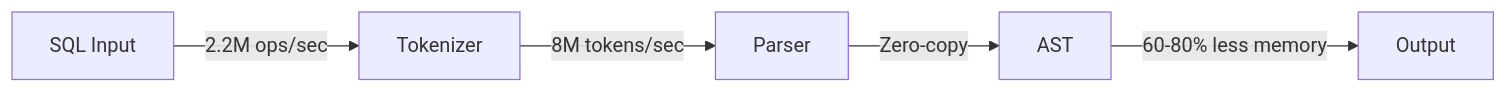
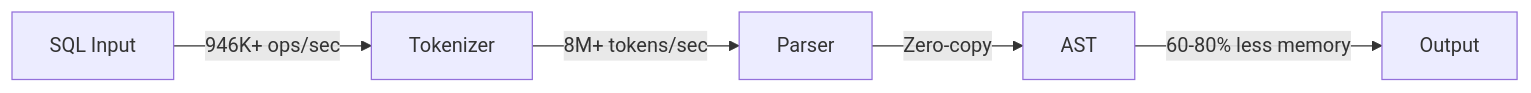
The diagram in README.md (ajitpratap0/GoSQLX), drawn with Mermaid before and after one commit. The commit also changed other lines of this file and 1 other file, not shown here.

````diff
--- a/README.md
+++ b/README.md
@@ -549,7 +616,7 @@
 ```mermaid
 graph LR
-    A[SQL Input] -->|2.2M ops/sec| B[Tokenizer]
-    B -->|8M tokens/sec| C[Parser]
+    A[SQL Input] -->|946K+ ops/sec| B[Tokenizer]
+    B -->|8M+ tokens/sec| C[Parser]
     C -->|Zero-copy| D[AST]
     D -->|60-80% less memory| E[Output]
 ```
````
